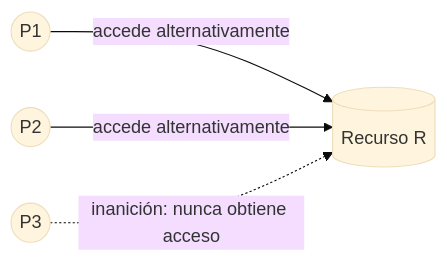
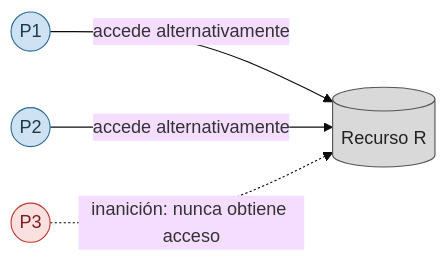
The first of 3 diagrams in TEORIA/05-concurrencia-y-sincronizacion/README.md (asiermarzo/ssoo), drawn with Mermaid (base theme) before and after one commit. The commit also changed other lines of this file and 25 other files, not shown here.

Commit message:
refinado de diagramas mermaid y svg

````diff
--- a/TEORIA/05-concurrencia-y-sincronizacion/README.md
+++ b/TEORIA/05-concurrencia-y-sincronizacion/README.md
@@ -80,6 +79,13 @@
 ```mermaid
 flowchart LR
     P1(("P1")) -->|accede alternativamente| R[(Recurso R)]
     P2(("P2")) -->|accede alternativamente| R
     P3(("P3")) -.->|inanición: nunca obtiene acceso| R
+
+    classDef activo fill:#cfe2f3,stroke:#2b6f99,color:#1b3a4b;
+    classDef hambriento fill:#fbe0e0,stroke:#c0392b,color:#7a1f1f;
+    classDef recurso fill:#d9d9d9,stroke:#555555,color:#222222;
+    class P1,P2 activo;
+    class P3 hambriento;
+    class R recurso;
 ```
````
